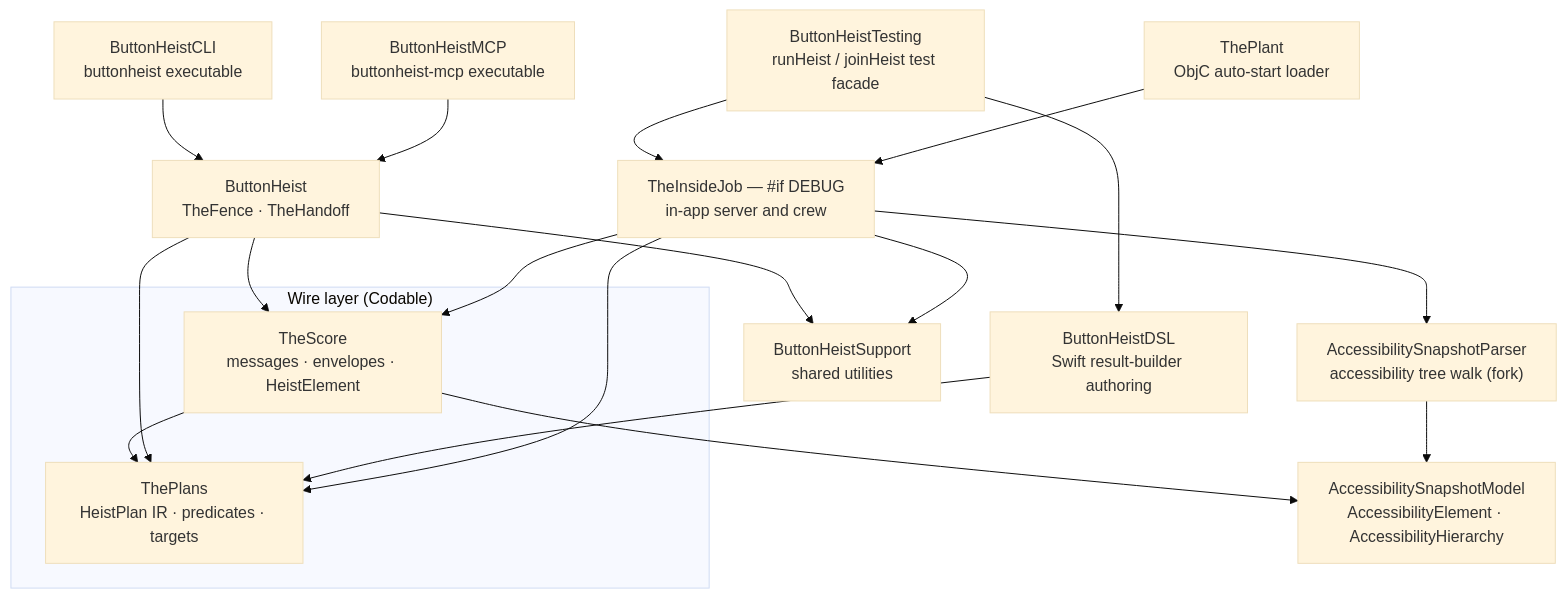
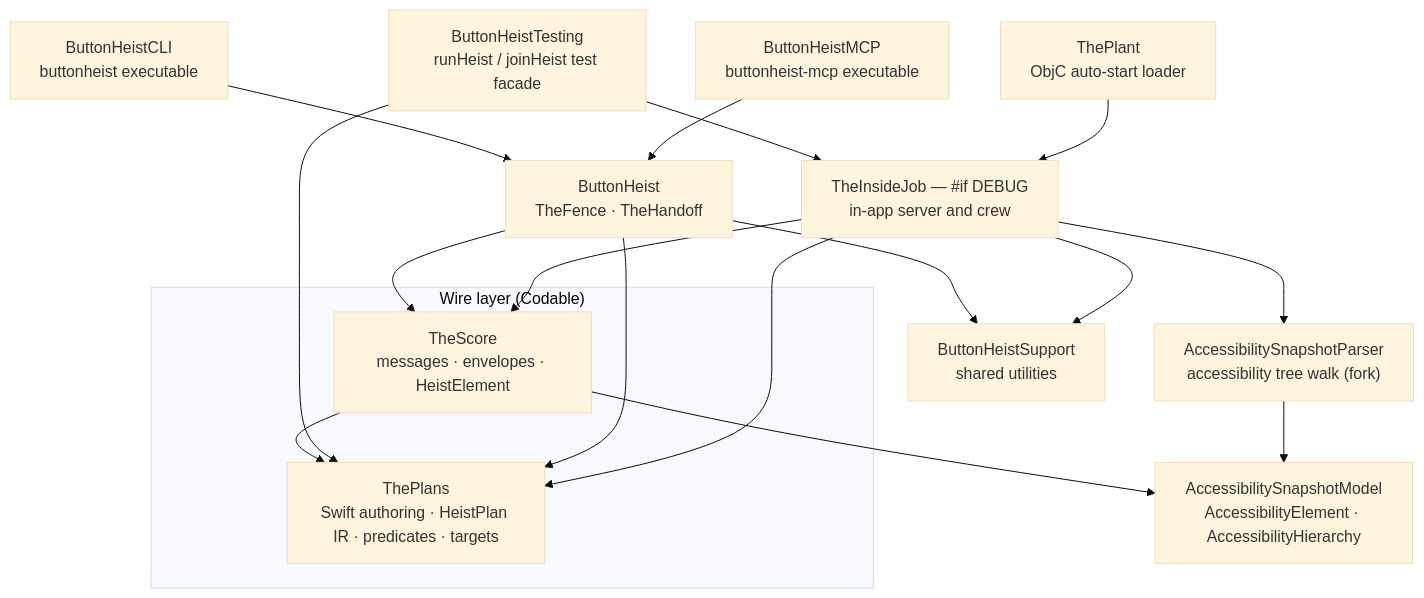
The diagram in docs/diagrams/crew-map.md (RoyalPineapple/TheButtonHeist), drawn with Mermaid (base theme) before and after one commit. The commit also changed 29 other files, not shown here.

````diff
--- a/docs/diagrams/crew-map.md
+++ b/docs/diagrams/crew-map.md
@@ -8,35 +8,33 @@
 ```mermaid
 flowchart TD
     CLI["ButtonHeistCLI<br/>buttonheist executable"]
     MCPMOD["ButtonHeistMCP<br/>buttonheist-mcp executable"]
     TESTING["ButtonHeistTesting<br/>runHeist / joinHeist test facade"]
     PLANT["ThePlant<br/>ObjC auto-start loader"]
     BUTTONHEIST["ButtonHeist<br/>TheFence · TheHandoff"]
-    DSL["ButtonHeistDSL<br/>Swift result-builder authoring"]
     INSIDEJOB["TheInsideJob — #if DEBUG<br/>in-app server and crew"]
     SUPPORT["ButtonHeistSupport<br/>shared utilities"]
     AXPARSER["AccessibilitySnapshotParser<br/>accessibility tree walk (fork)"]
     AXMODEL["AccessibilitySnapshotModel<br/>AccessibilityElement · AccessibilityHierarchy"]
 
     subgraph wire["Wire layer (Codable)"]
         THESCORE["TheScore<br/>messages · envelopes · HeistElement"]
-        THEPLANS["ThePlans<br/>HeistPlan IR · predicates · targets"]
+        THEPLANS["ThePlans<br/>Swift authoring · HeistPlan IR · predicates · targets"]
         THESCORE --> THEPLANS
     end
 
     CLI --> BUTTONHEIST
     MCPMOD --> BUTTONHEIST
-    TESTING --> DSL
+    TESTING --> THEPLANS
     TESTING --> INSIDEJOB
     PLANT --> INSIDEJOB
     BUTTONHEIST --> SUPPORT
     BUTTONHEIST --> THESCORE
     BUTTONHEIST --> THEPLANS
-    DSL --> THEPLANS
     INSIDEJOB --> SUPPORT
     INSIDEJOB --> THESCORE
     INSIDEJOB --> THEPLANS
     INSIDEJOB --> AXPARSER
     AXPARSER --> AXMODEL
     THESCORE --> AXMODEL
 ```
````
